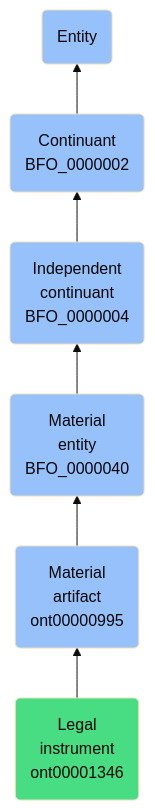
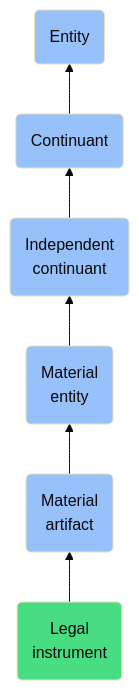
The diagram in docs/ontology/reference/model/Entity/Continuant/Independent continuant/Material entity/Material artifact/Legal instrument/Legal instrument.md (jupyter-naas/abi), drawn with Mermaid (base theme) before and after one commit. The commit also changed other lines of this file and 1430 other files, not shown here.

````diff
--- a/docs/ontology/reference/model/Entity/Continuant/Independent continuant/Material entity/Material artifact/Legal instrument/Legal instrument.md
+++ b/docs/ontology/reference/model/Entity/Continuant/Independent continuant/Material entity/Material artifact/Legal instrument/Legal instrument.md
@@ -24,13 +24,13 @@
 ```mermaid
 graph BT
-    ont00001346(Legal<br>instrument<br>ont00001346):::ABI-->ont00000995
-    ont00000995(Material<br>artifact<br>ont00000995):::BFO-->BFO_0000040
-    BFO_0000040(Material<br>entity<br>BFO_0000040):::BFO-->BFO_0000004
-    BFO_0000004(Independent<br>continuant<br>BFO_0000004):::BFO-->BFO_0000002
-    BFO_0000002(Continuant<br>BFO_0000002):::BFO-->BFO_0000001
+    ont00001346(Legal<br>instrument):::ABI-->ont00000995
+    ont00000995(Material<br>artifact):::BFO-->BFO_0000040
+    BFO_0000040(Material<br>entity):::BFO-->BFO_0000004
+    BFO_0000004(Independent<br>continuant):::BFO-->BFO_0000002
+    BFO_0000002(Continuant):::BFO-->BFO_0000001
     BFO_0000001(Entity):::BFO
     
     classDef BFO fill:#97c1fb,color:#060606
     classDef CCO fill:#e4c51e,color:#060606
     classDef ABI fill:#48DD82,color:#060606
 ```
````
